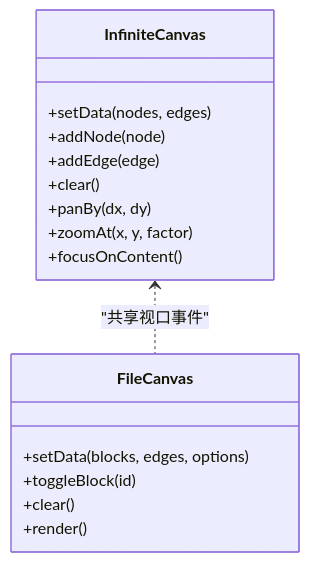
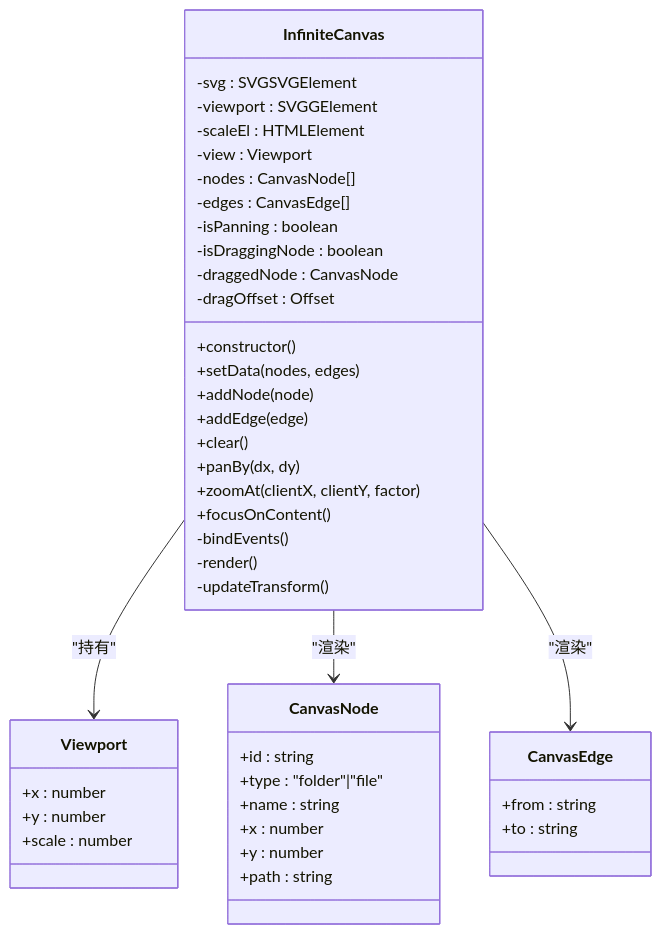
One commit to 2025ppo/aqw changed the fourth of 8 diagrams in .qoder/repowiki/zh/content/UI组件系统/UI组件系统.md. Above: the diagram before and after it, drawn with Mermaid. The commit also changed other lines of this file and 224 other files, not shown here.

````diff
--- a/.qoder/repowiki/zh/content/UI组件系统/UI组件系统.md
+++ b/.qoder/repowiki/zh/content/UI组件系统/UI组件系统.md
@@ -156,19 +258,46 @@
 ```mermaid
 classDiagram
 class InfiniteCanvas {
+-svg : SVGSVGElement
+-viewport : SVGGElement
+-scaleEl : HTMLElement
+-view : Viewport
+-nodes : CanvasNode[]
+-edges : CanvasEdge[]
+-isPanning : boolean
+-isDraggingNode : boolean
+-draggedNode : CanvasNode
+-dragOffset : Offset
++constructor()
 +setData(nodes, edges)
 +addNode(node)
 +addEdge(edge)
 +clear()
 +panBy(dx, dy)
-+zoomAt(x, y, factor)
++zoomAt(clientX, clientY, factor)
 +focusOnContent()
+-bindEvents()
+-render()
+-updateTransform()
 }
-class FileCanvas {
-+setData(blocks, edges, options)
-+toggleBlock(id)
-+clear()
-+render()
+class Viewport {
++x : number
++y : number
++scale : number
 }
-InfiniteCanvas <.. FileCanvas : "共享视口事件"
+class CanvasNode {
++id : string
++type : "folder"|"file"
++name : string
++x : number
++y : number
++path : string
+}
+class CanvasEdge {
++from : string
++to : string
+}
+InfiniteCanvas --> Viewport : "持有"
+InfiniteCanvas --> CanvasNode : "渲染"
+InfiniteCanvas --> CanvasEdge : "渲染"
 ```
````
